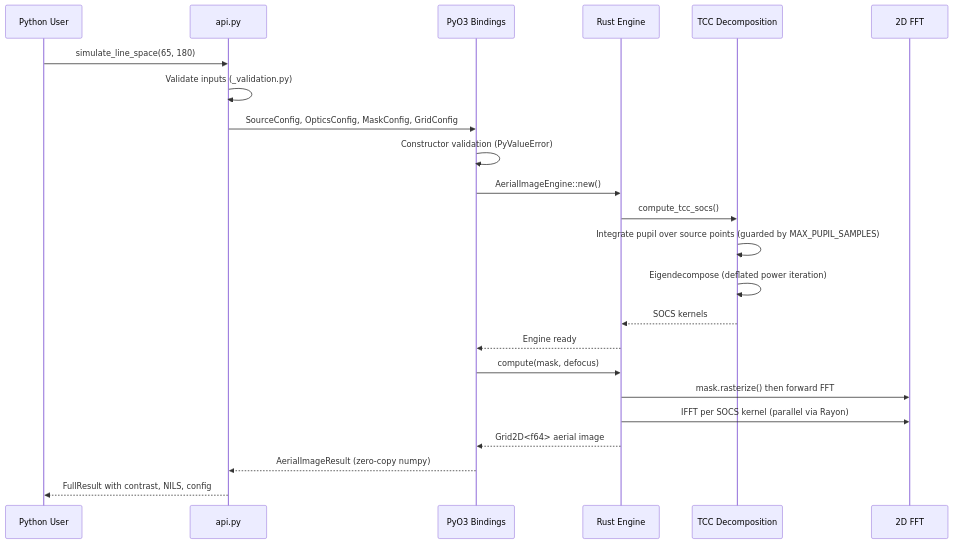
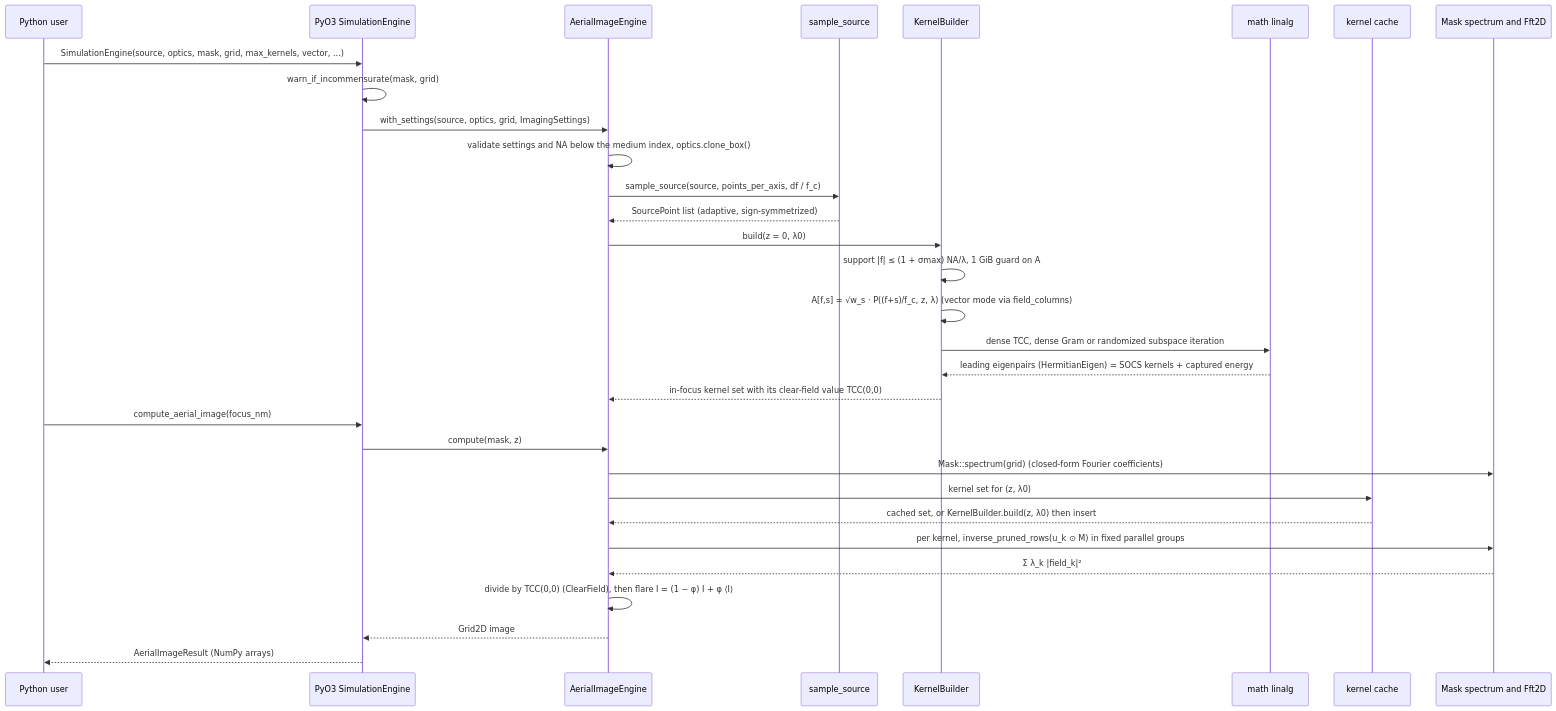
One commit to sonoransun/highuvlith changed the second of 3 diagrams in docs/architecture.md. Above: the diagram before and after it, drawn with Mermaid. The commit also changed other lines of this file and 496 other files, not shown here.

````diff
--- a/docs/architecture.md
+++ b/docs/architecture.md
@@ -78,26 +256,34 @@
 ```mermaid
 sequenceDiagram
-    participant User as Python User
-    participant API as api.py
-    participant Bind as PyO3 Bindings
-    participant Engine as Rust Engine
-    participant TCC as TCC Decomposition
-    participant FFT as 2D FFT
+    participant U as Python user
+    participant B as PyO3 SimulationEngine
+    participant E as AerialImageEngine
+    participant S as sample_source
+    participant K as KernelBuilder
+    participant L as math linalg
+    participant C as kernel cache
+    participant F as Mask spectrum and Fft2D
 
-    User->>API: simulate_line_space(65, 180)
-    API->>API: Validate inputs (_validation.py)
-    API->>Bind: SourceConfig, OpticsConfig, MaskConfig, GridConfig
-    Bind->>Bind: Constructor validation (PyValueError)
-    Bind->>Engine: AerialImageEngine::new()
-    Engine->>TCC: compute_tcc_socs()
-    TCC->>TCC: Integrate pupil over source points (guarded by MAX_PUPIL_SAMPLES)
-    TCC->>TCC: Eigendecompose (deflated power iteration)
-    TCC-->>Engine: SOCS kernels
-    Engine-->>Bind: Engine ready
-    Bind->>Engine: compute(mask, defocus)
-    Engine->>FFT: mask.rasterize() then forward FFT
-    Engine->>FFT: IFFT per SOCS kernel (parallel via Rayon)
-    Engine-->>Bind: Grid2D<f64> aerial image
-    Bind-->>API: AerialImageResult (zero-copy numpy)
-    API-->>User: FullResult with contrast, NILS, config
+    U->>B: SimulationEngine(source, optics, mask, grid, max_kernels, vector, ...)
+    B->>B: warn_if_incommensurate(mask, grid)
+    B->>E: with_settings(source, optics, grid, ImagingSettings)
+    E->>E: validate settings and NA below the medium index, optics.clone_box()
+    E->>S: sample_source(source, points_per_axis, df / f_c)
+    S-->>E: SourcePoint list (adaptive, sign-symmetrized)
+    E->>K: build(z = 0, λ0)
+    K->>K: support |f| ≤ (1 + σmax) NA/λ, 1 GiB guard on A
+    K->>K: A[f,s] = √w_s · P((f+s)/f_c, z, λ) (vector mode via field_columns)
+    K->>L: dense TCC, dense Gram or randomized subspace iteration
+    L-->>K: leading eigenpairs (HermitianEigen) = SOCS kernels + captured energy
+    K-->>E: in-focus kernel set with its clear-field value TCC(0,0)
+    U->>B: compute_aerial_image(focus_nm)
+    B->>E: compute(mask, z)
+    E->>F: Mask::spectrum(grid) (closed-form Fourier coefficients)
+    E->>C: kernel set for (z, λ0)
+    C-->>E: cached set, or KernelBuilder.build(z, λ0) then insert
+    E->>F: per kernel, inverse_pruned_rows(u_k ⊙ M) in fixed parallel groups
+    F-->>E: Σ λ_k |field_k|²
+    E->>E: divide by TCC(0,0) (ClearField), then flare I = (1 − φ) I + φ ⟨I⟩
+    E-->>B: Grid2D image
+    B-->>U: AerialImageResult (NumPy arrays)
 ```
````
